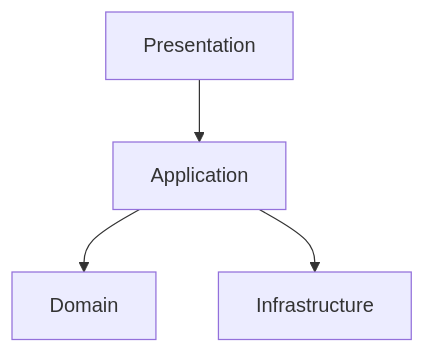
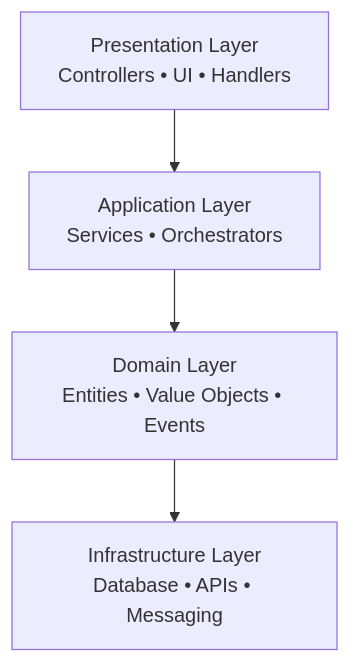
Before and after one commit to forging-blocks-org/forging-blocks: the diagram in docs/architectural-styles/layered-architecture.md, drawn with Mermaid. The commit also changed other lines of this file and 28 other files, not shown here.

````diff
--- a/docs/architectural-styles/layered-architecture.md
+++ b/docs/architectural-styles/layered-architecture.md
@@ -9,6 +11,7 @@
 ```mermaid
-flowchart TD
-    PRES[Presentation] --> APP[Application]
-    APP --> DOM[Domain]
-    APP --> INF[Infrastructure]
+flowchart TB
+    PresentationLayer[Presentation Layer<br/>Controllers • UI • Handlers]
+        --> ApplicationLayer[Application Layer<br/>Services • Orchestrators]
+    ApplicationLayer --> DomainLayer[Domain Layer<br/>Entities • Value Objects • Events]
+    DomainLayer --> InfrastructureLayer[Infrastructure Layer<br/>Database • APIs • Messaging]
 ```
````
